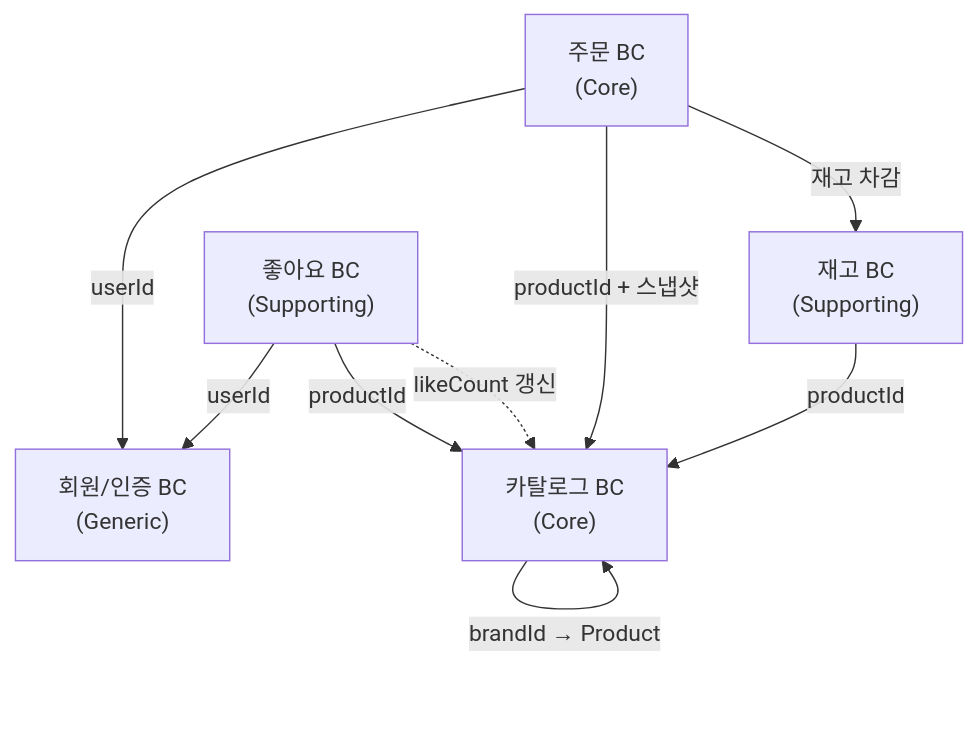
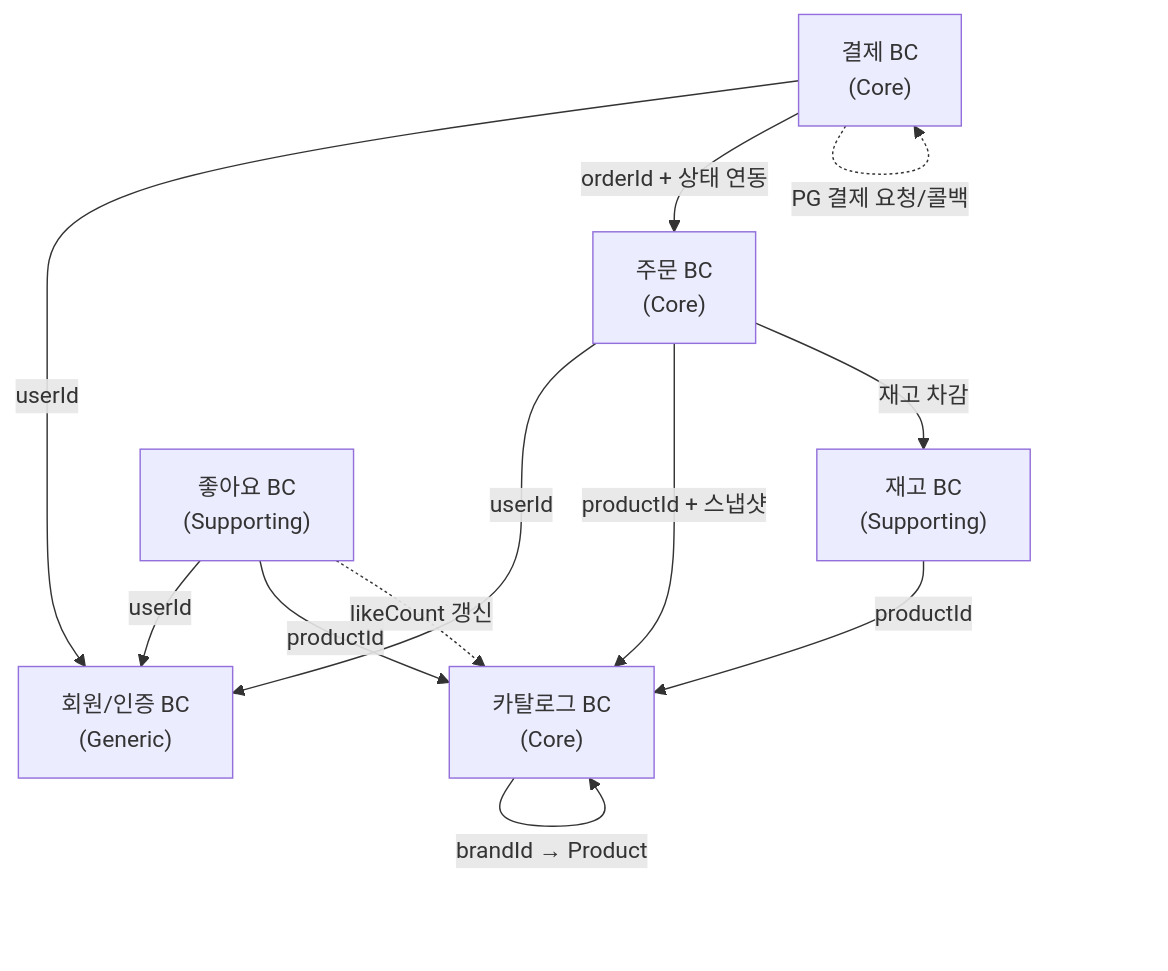
The second of 3 diagrams in docs/design/mermaid/00-ddd-design-framework.md (Praesentia-YKM/loop-pack-be-l2-vol3-java), drawn with Mermaid before and after one commit. The commit also changed other lines of this file and 41 other files, not shown here.

First line of the commit message:
feat: 결제(Payment) 도메인 구현 및 Order 도메인 결제 연동

````diff
--- a/docs/design/mermaid/00-ddd-design-framework.md
+++ b/docs/design/mermaid/00-ddd-design-framework.md
@@ -218,17 +224,21 @@
 ```mermaid
 graph TD
     Auth["회원/인증 BC<br/>(Generic)"]
     Catalog["카탈로그 BC<br/>(Core)"]
     Inventory["재고 BC<br/>(Supporting)"]
     LikeCtx["좋아요 BC<br/>(Supporting)"]
     OrderCtx["주문 BC<br/>(Core)"]
+    PaymentCtx["결제 BC<br/>(Core)"]
 
     LikeCtx -- "userId" --> Auth
     OrderCtx -- "userId" --> Auth
+    PaymentCtx -- "userId" --> Auth
     Catalog -- "brandId → Product" --> Catalog
     Inventory -- "productId" --> Catalog
     LikeCtx -- "productId" --> Catalog
     OrderCtx -- "productId + 스냅샷" --> Catalog
     OrderCtx -- "재고 차감" --> Inventory
     LikeCtx -. "likeCount 갱신" .-> Catalog
+    PaymentCtx -- "orderId + 상태 연동" --> OrderCtx
+    PaymentCtx -. "PG 결제 요청/콜백" .-> PaymentCtx
 ```
````
